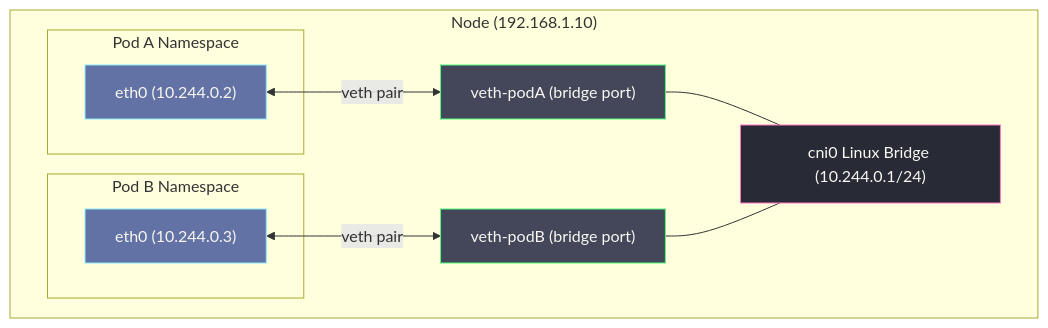
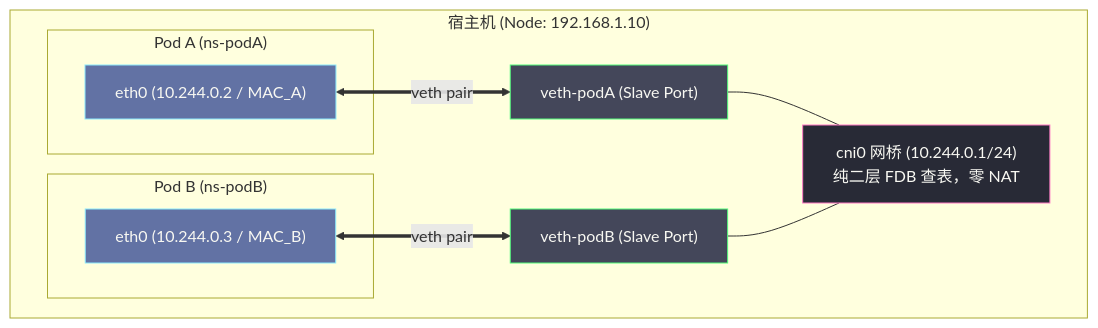
One commit to hpliStartAgain/my-brain changed the fourth of 9 diagrams in content/云原生/Kubernetes/kubernetes网络原理与插件/01 Kubernetes网络模型——从Linux网络命名空间到Pod IP.md. Above: the diagram before and after it, drawn with Mermaid. The commit also changed other lines of this file and 29 other files, not shown here.

````diff
--- a/content/云原生/Kubernetes/kubernetes网络原理与插件/01 Kubernetes网络模型——从Linux网络命名空间到Pod IP.md
+++ b/content/云原生/Kubernetes/kubernetes网络原理与插件/01 Kubernetes网络模型——从Linux网络命名空间到Pod IP.md
@@ -277,29 +378,29 @@
 ```mermaid
 %%{init: {'theme': 'dracula'}}%%
 graph TD
     classDef pod fill:#6272a4,stroke:#8be9fd,color:#f8f8f2
     classDef veth fill:#44475a,stroke:#50fa7b,color:#f8f8f2
     classDef bridge fill:#282a36,stroke:#ff79c6,color:#f8f8f2
-    classDef node fill:#1e1f29,stroke:#bd93f9,color:#f8f8f2
 
-    subgraph "Node (192.168.1.10)"
-        subgraph "Pod A Namespace"
-            A_eth0["eth0 (10.244.0.2)"]
+    subgraph Host["宿主机 (Node: 192.168.1.10)"]
+        subgraph PodA["Pod A (ns-podA)"]
+            A_eth0["eth0 (10.244.0.2 / MAC_A)"]
         end
-        subgraph "Pod B Namespace"
-            B_eth0["eth0 (10.244.0.3)"]
+        subgraph PodB["Pod B (ns-podB)"]
+            B_eth0["eth0 (10.244.0.3 / MAC_B)"]
         end
-        vethA["veth-podA (bridge port)"]
-        vethB["veth-podB (bridge port)"]
-        bridge["cni0 Linux Bridge (10.244.0.1/24)"]
 
-        A_eth0 <-->|"veth pair"| vethA
-        B_eth0 <-->|"veth pair"| vethB
+        vethA["veth-podA (Slave Port)"]
+        vethB["veth-podB (Slave Port)"]
+        bridge["cni0 网桥 (10.244.0.1/24)<br/>纯二层 FDB 查表，零 NAT"]
+
+        A_eth0 <==>|"veth pair"| vethA
+        B_eth0 <==>|"veth pair"| vethB
         vethA --- bridge
         vethB --- bridge
     end
 
     class A_eth0,B_eth0 pod
     class vethA,vethB veth
     class bridge bridge
 ```
````
